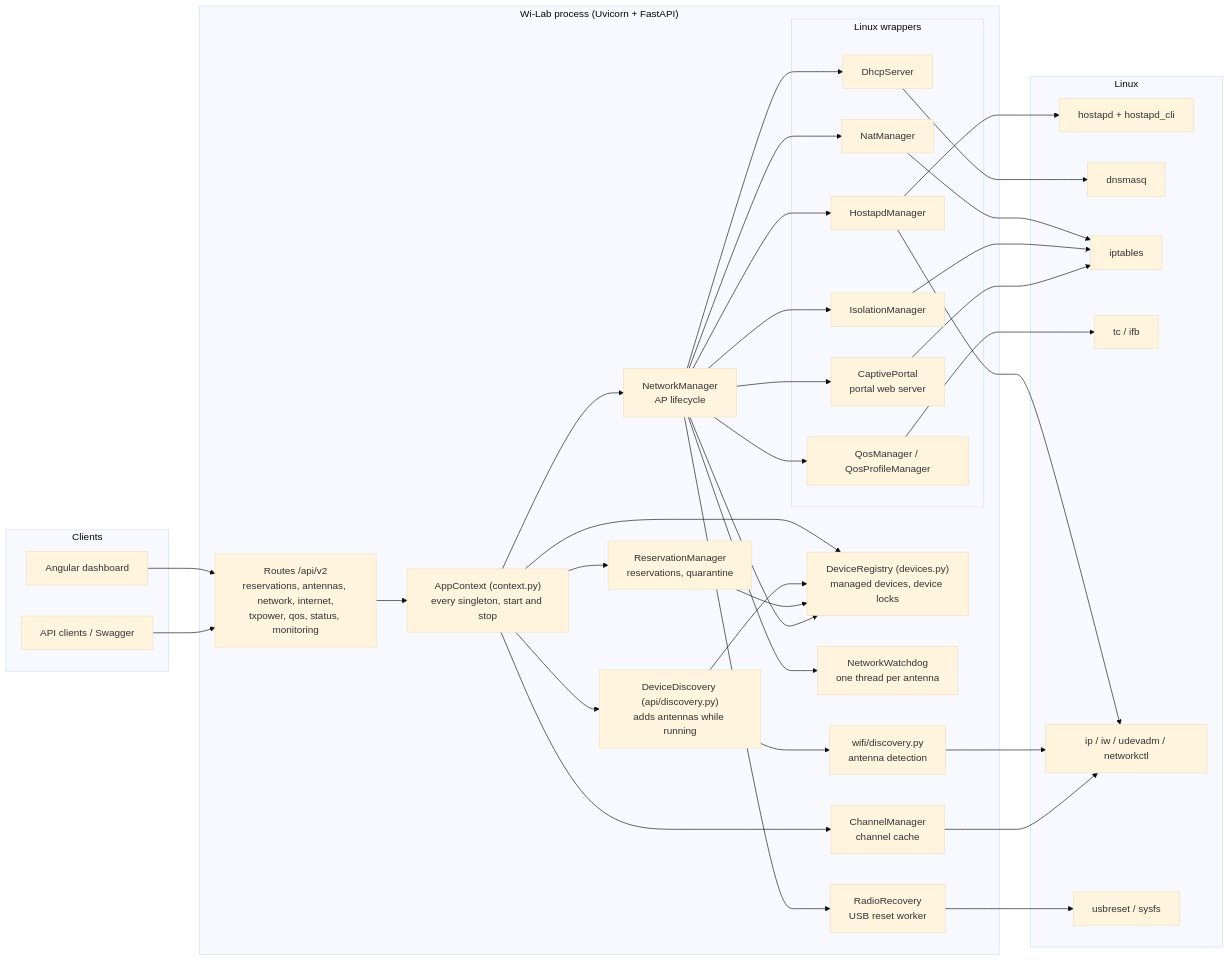
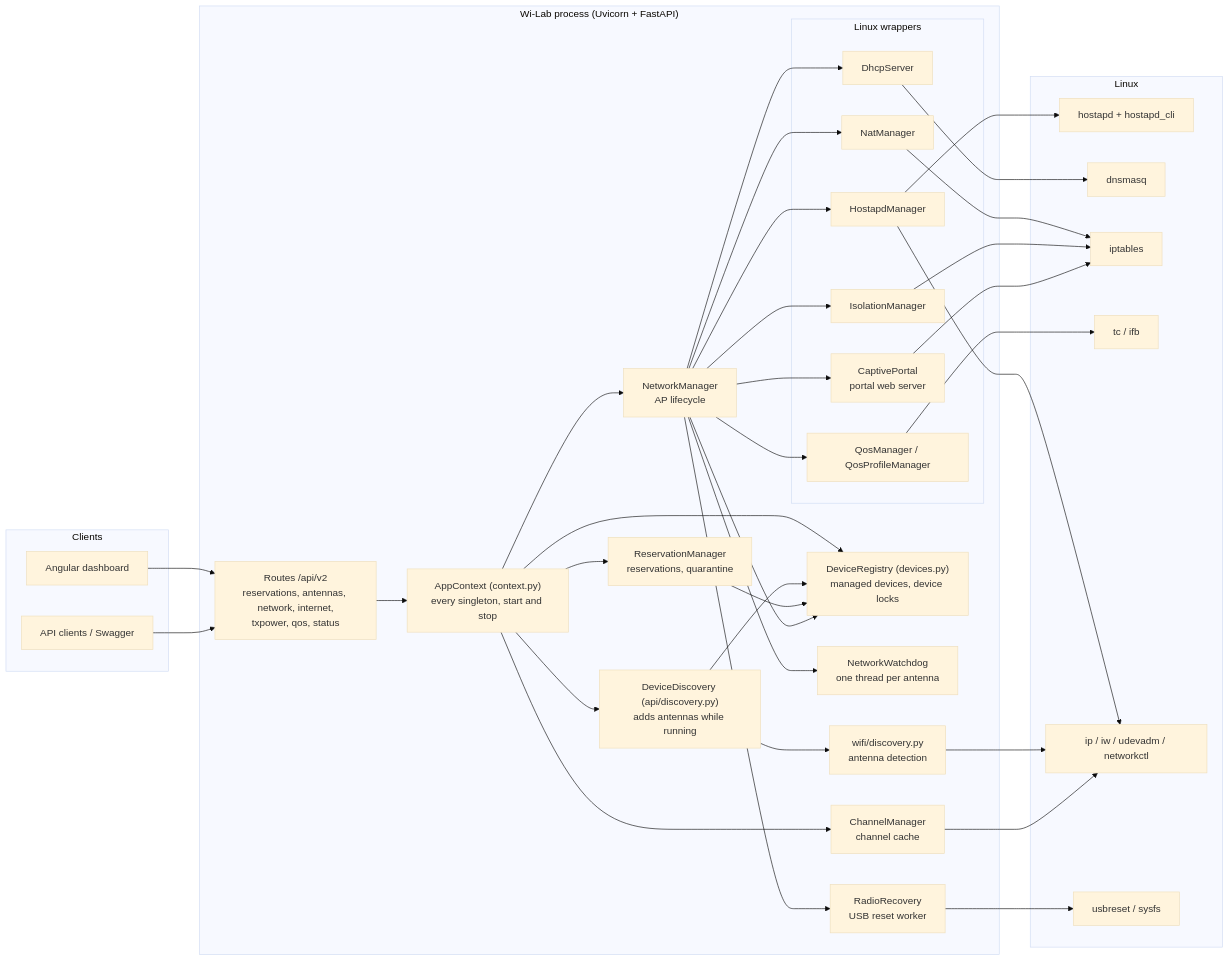
One commit to caporalesimone/wi-lab changed the first of 16 diagrams in docs/architecture.md. Above: the diagram before and after it, drawn with Mermaid (base theme). The commit also changed other lines of this file and 37 other files, not shown here.

Commit message:
feat(api)!: GET /antennas lists the antennas with free_antennas and reservation_policy; /monitoring merged into /status

````diff
--- a/docs/architecture.md
+++ b/docs/architecture.md
@@ -16,68 +16,68 @@
 ```mermaid
 flowchart LR
     subgraph Clients
         UI["Angular dashboard"]
         API["API clients / Swagger"]
     end
 
     subgraph Process["Wi-Lab process (Uvicorn + FastAPI)"]
-        R["Routes /api/v2<br/>reservations, antennas, network, internet,<br/>txpower, qos, status, monitoring"]
+        R["Routes /api/v2<br/>reservations, antennas, network, internet,<br/>txpower, qos, status"]
         D["AppContext (context.py)<br/>every singleton, start and stop"]
         RM["ReservationManager<br/>reservations, quarantine"]
         NM["NetworkManager<br/>AP lifecycle"]
         DR["DeviceRegistry (devices.py)<br/>managed devices, device locks"]
         WD["NetworkWatchdog<br/>one thread per antenna"]
         RR["RadioRecovery<br/>USB reset worker"]
         CM["ChannelManager<br/>channel cache"]
         DS2["DeviceDiscovery (api/discovery.py)<br/>adds antennas while running"]
         DISC["wifi/discovery.py<br/>antenna detection"]
         subgraph Drivers["Linux wrappers"]
             HA["HostapdManager"]
             DH["DhcpServer"]
             NAT["NatManager"]
             ISO["IsolationManager"]
             QOS["QosManager / QosProfileManager"]
             CP["CaptivePortal<br/>portal web server"]
         end
     end
 
     subgraph Linux
         HOSTAPD["hostapd + hostapd_cli"]
         DNSMASQ["dnsmasq"]
         IPT["iptables"]
         TC["tc / ifb"]
         IPIW["ip / iw / udevadm / networkctl"]
         USB["usbreset / sysfs"]
     end
 
     UI --> R
     API --> R
     R --> D
     D --> RM
     D --> NM
     D --> CM
     D --> DS2
     D --> DR
     DS2 --> DR
     RM --> DR
     NM --> DR
     DS2 --> DISC
     NM --> WD
     NM --> RR
     NM --> HA
     NM --> DH
     NM --> NAT
     NM --> ISO
     NM --> QOS
     NM --> CP
     HA --> HOSTAPD
     HA --> IPIW
     DH --> DNSMASQ
     NAT --> IPT
     ISO --> IPT
     CP --> IPT
     QOS --> TC
     DISC --> IPIW
     CM --> IPIW
     RR --> USB
 ```
````
